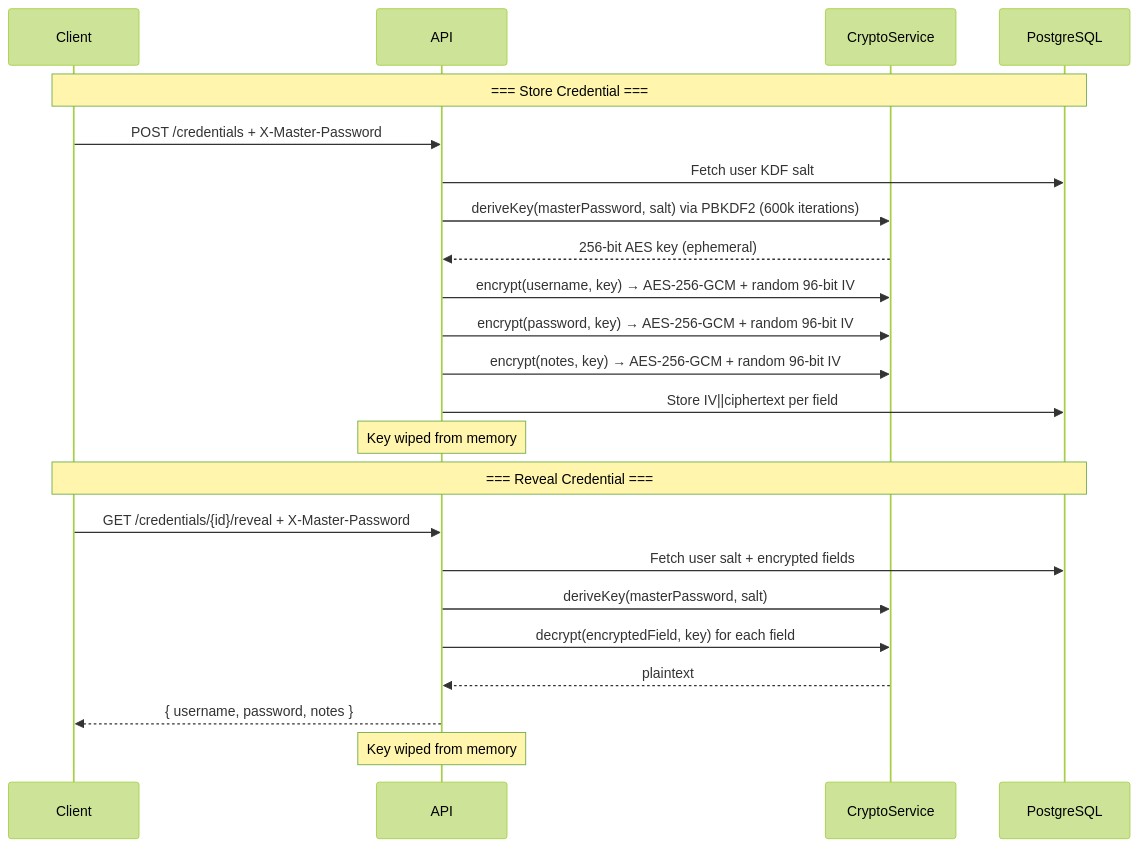
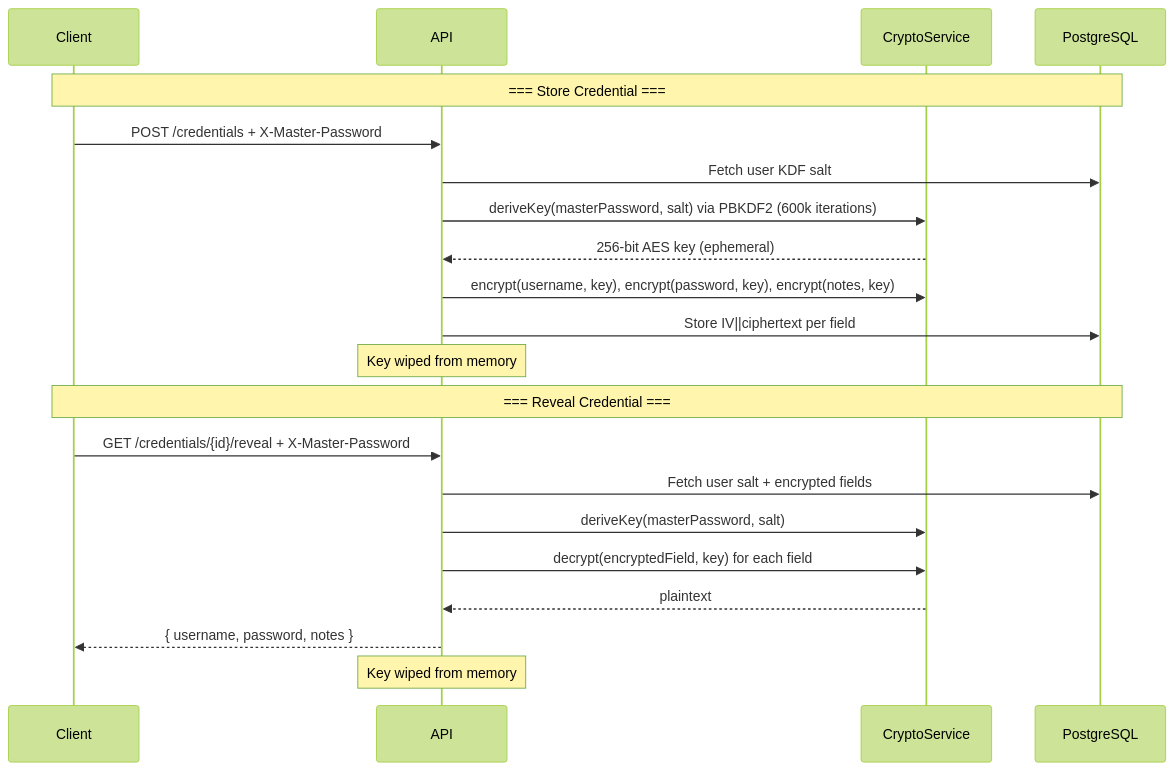
Before and after one commit to ybueno16/SecureApplication: the fourth of 4 diagrams in README.md, drawn with Mermaid (forest theme). The commit also changed other lines of this file, not shown here.

First line of the commit message:
Enhance README with usage and architecture details

````diff
--- a/README.md
+++ b/README.md
@@ -45,27 +169,25 @@
 ```mermaid
 sequenceDiagram
     participant C as Client
     participant API as API
     participant Crypto as CryptoService
     participant DB as PostgreSQL
 
     Note over C,DB: === Store Credential ===
     C->>API: POST /credentials + X-Master-Password
     API->>DB: Fetch user KDF salt
     API->>Crypto: deriveKey(masterPassword, salt) via PBKDF2 (600k iterations)
     Crypto-->>API: 256-bit AES key (ephemeral)
-    API->>Crypto: encrypt(username, key) → AES-256-GCM + random 96-bit IV
-    API->>Crypto: encrypt(password, key) → AES-256-GCM + random 96-bit IV
-    API->>Crypto: encrypt(notes, key) → AES-256-GCM + random 96-bit IV
+    API->>Crypto: encrypt(username, key), encrypt(password, key), encrypt(notes, key)
     API->>DB: Store IV||ciphertext per field
     Note over API: Key wiped from memory
 
     Note over C,DB: === Reveal Credential ===
     C->>API: GET /credentials/{id}/reveal + X-Master-Password
     API->>DB: Fetch user salt + encrypted fields
     API->>Crypto: deriveKey(masterPassword, salt)
     API->>Crypto: decrypt(encryptedField, key) for each field
     Crypto-->>API: plaintext
     API-->>C: { username, password, notes }
     Note over API: Key wiped from memory
 ```
````
